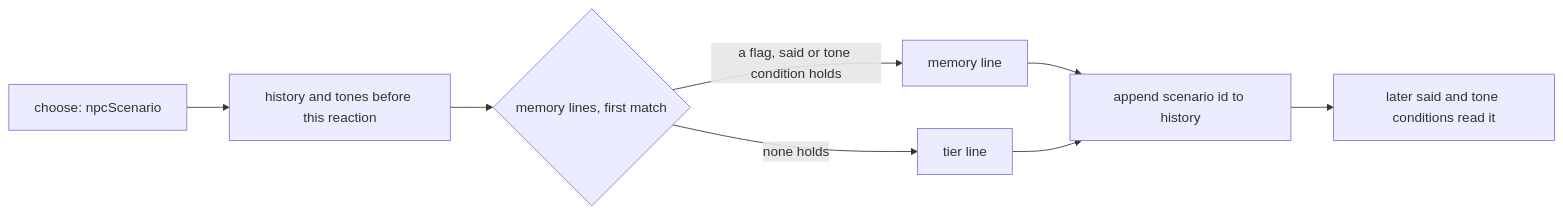
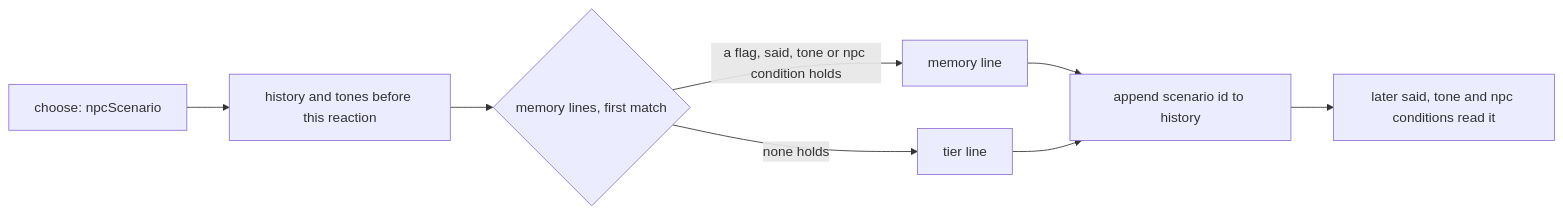
One commit to jgyy/nextxian changed diagram 12 of 15 in docs/ARCHITECTURE.md. Above: the diagram before and after it, drawn with Mermaid. The commit also changed other lines of this file and 68 other files, not shown here.

````diff
--- a/docs/ARCHITECTURE.md
+++ b/docs/ARCHITECTURE.md
@@ -198,10 +239,10 @@
 ```mermaid
 flowchart LR
   A[choose: npcScenario] --> H[history and tones before this reaction]
   H --> RM{memory lines, first match}
-  RM -- a flag, said or tone condition holds --> ML[memory line]
+  RM -- a flag, said, tone or npc condition holds --> ML[memory line]
   RM -- none holds --> TL[tier line]
   ML --> REC[append scenario id to history]
   TL --> REC
-  REC --> LATER[later said and tone conditions read it]
+  REC --> LATER[later said, tone and npc conditions read it]
 ```
````
